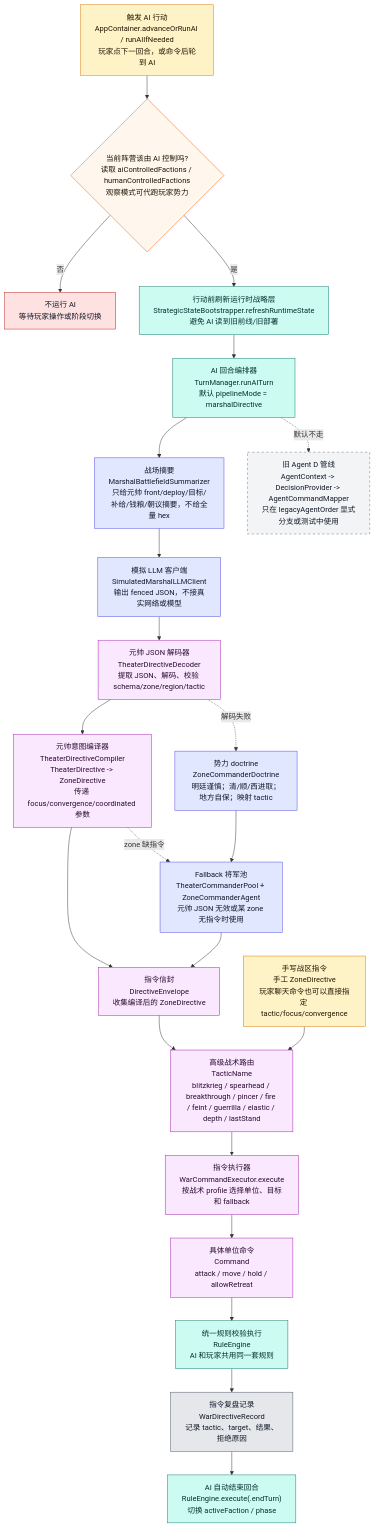
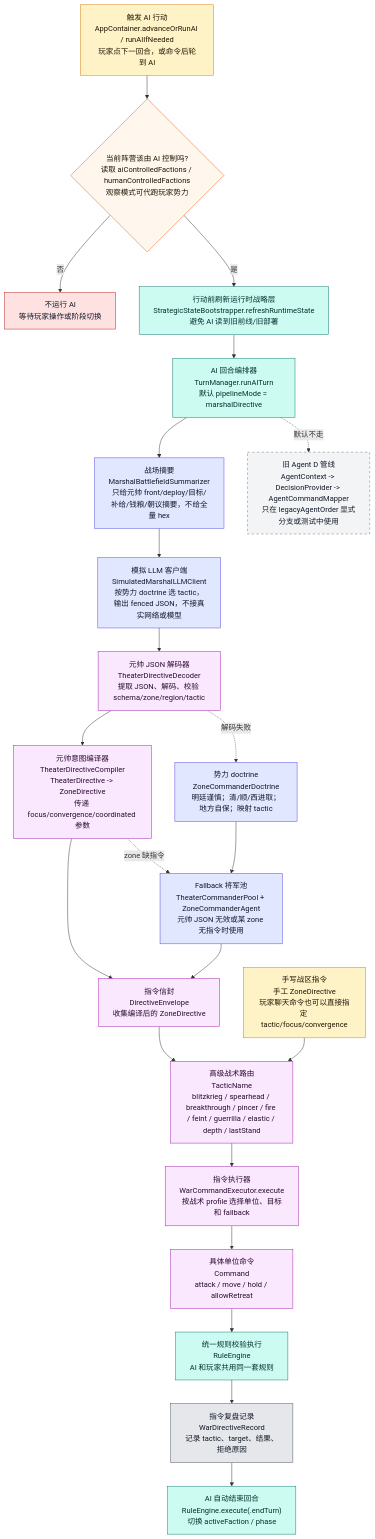
One commit to Altman-sam114/123 changed the fifth of 9 diagrams in md/flow/flowchart.md. Above: the diagram before and after it, drawn with Mermaid. The commit also changed other lines of this file and 7 other files, not shown here.

Commit message:
feat(ming): apply doctrine to marshal tactics

````diff
--- a/md/flow/flowchart.md
+++ b/md/flow/flowchart.md
@@ -338,44 +338,44 @@
 ```mermaid
 flowchart TD
     START["触发 AI 行动<br/>AppContainer.advanceOrRunAI / runAIIfNeeded<br/>玩家点下一回合，或命令后轮到 AI"]:::input
     CHECK{"当前阵营该由 AI 控制吗?<br/>读取 aiControlledFactions / humanControlledFactions<br/>观察模式可代跑玩家势力"}:::decision
     STOP["不运行 AI<br/>等待玩家操作或阶段切换"]:::stop
     REFRESH["行动前刷新运行时战略层<br/>StrategicStateBootstrapper.refreshRuntimeState<br/>避免 AI 读到旧前线/旧部署"]:::rules
     TM["AI 回合编排器<br/>TurnManager.runAITurn<br/>默认 pipelineMode = marshalDirective"]:::rules
     SUM["战场摘要<br/>MarshalBattlefieldSummarizer<br/>只给元帅 front/deploy/目标/补给/钱粮/朝议摘要，不给全量 hex"]:::ai
-    LLM["模拟 LLM 客户端<br/>SimulatedMarshalLLMClient<br/>输出 fenced JSON，不接真实网络或模型"]:::ai
+    LLM["模拟 LLM 客户端<br/>SimulatedMarshalLLMClient<br/>按势力 doctrine 选 tactic，输出 fenced JSON，不接真实网络或模型"]:::ai
     DEC["元帅 JSON 解码器<br/>TheaterDirectiveDecoder<br/>提取 JSON、解码、校验 schema/zone/region/tactic"]:::command
     COMP["元帅意图编译器<br/>TheaterDirectiveCompiler<br/>TheaterDirective -> ZoneDirective<br/>传递 focus/convergence/coordinated 参数"]:::command
     ENV["指令信封<br/>DirectiveEnvelope<br/>收集编译后的 ZoneDirective"]:::command
     TACTIC["高级战术路由<br/>TacticName<br/>blitzkrieg / spearhead / breakthrough / pincer / fire / feint / guerrilla / elastic / depth / lastStand"]:::command
     WCE["指令执行器<br/>WarCommandExecutor.execute<br/>按战术 profile 选择单位、目标和 fallback"]:::command
     BOTTOM["具体单位命令<br/>Command<br/>attack / move / hold / allowRetreat"]:::command
     RE["统一规则校验执行<br/>RuleEngine<br/>AI 和玩家共用同一套规则"]:::rules
     RECORD["指令复盘记录<br/>WarDirectiveRecord<br/>记录 tactic、target、结果、拒绝原因"]:::ui
     END["AI 自动结束回合<br/>RuleEngine.execute(.endTurn)<br/>切换 activeFaction / phase"]:::rules
 
     START --> CHECK
     CHECK -->|否| STOP
     CHECK -->|是| REFRESH --> TM --> SUM --> LLM --> DEC --> COMP --> ENV
     ENV --> TACTIC --> WCE --> BOTTOM --> RE --> RECORD --> END
 
     DOCTRINE["势力 doctrine<br/>ZoneCommanderDoctrine<br/>明廷谨慎；清/顺/西进取；地方自保；映射 tactic"]:::ai
     FALLBACK["Fallback 将军池<br/>TheaterCommanderPool + ZoneCommanderAgent<br/>元帅 JSON 无效或某 zone 无指令时使用"]:::ai
     DEC -.解码失败.-> DOCTRINE --> FALLBACK --> ENV
     COMP -.zone 缺指令.-> FALLBACK
 
     LEGACY["旧 Agent D 管线<br/>AgentContext -> DecisionProvider -> AgentCommandMapper<br/>只在 legacyAgentOrder 显式分支或测试中使用"]:::legacy
     TM -.默认不走.-> LEGACY
 
     MANUAL["手写战区指令<br/>手工 ZoneDirective<br/>玩家聊天命令也可以直接指定 tactic/focus/convergence"]:::input
     MANUAL --> TACTIC
 
     classDef input fill:#fef3c7,stroke:#d97706,color:#1f1600
     classDef decision fill:#fff7ed,stroke:#ea580c,color:#1f1300
     classDef stop fill:#fee2e2,stroke:#b91c1c,color:#111827
     classDef rules fill:#ccfbf1,stroke:#0f766e,color:#042f2e
     classDef ai fill:#e0e7ff,stroke:#4f46e5,color:#111827
     classDef command fill:#fae8ff,stroke:#a21caf,color:#2a0a2f
     classDef ui fill:#e5e7eb,stroke:#4b5563,color:#111827
     classDef legacy fill:#f3f4f6,stroke:#6b7280,stroke-dasharray:5 5,color:#111827
 ```
````
